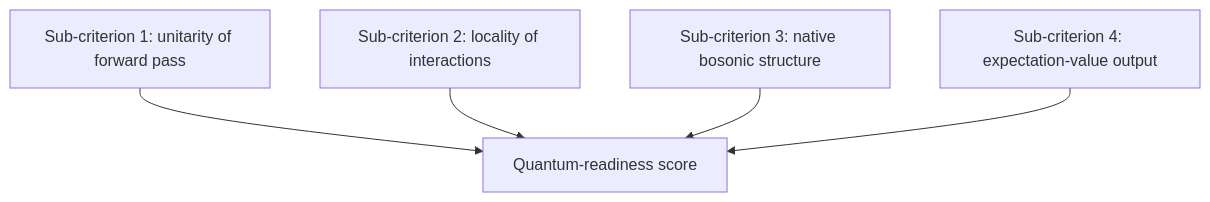
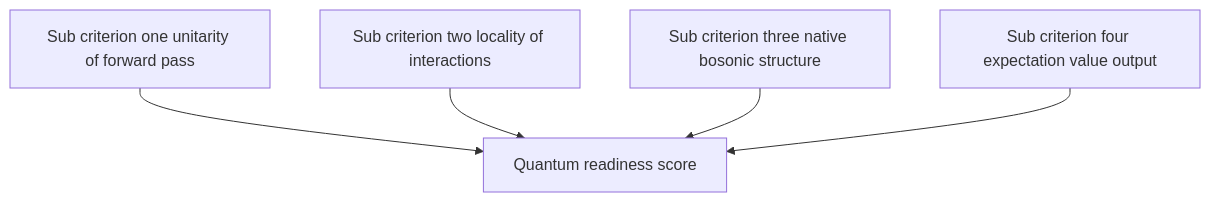
The third of 3 diagrams in docs/quantum_fock-parflm/Turning_the_Fock_Mechanism_into_a_Quantum_Algorithm.md (dimitarpg13/semantic_simulation), drawn with Mermaid before and after one commit. The commit also changed other lines of this file, not shown here.

````diff
--- a/docs/quantum_fock-parflm/Turning_the_Fock_Mechanism_into_a_Quantum_Algorithm.md
+++ b/docs/quantum_fock-parflm/Turning_the_Fock_Mechanism_into_a_Quantum_Algorithm.md
@@ -964,13 +964,13 @@
 ```mermaid
 flowchart TB
-    QR["Quantum-readiness score"]
-    C1["Sub-criterion 1: unitarity of forward pass"]
-    C2["Sub-criterion 2: locality of interactions"]
-    C3["Sub-criterion 3: native bosonic structure"]
-    C4["Sub-criterion 4: expectation-value output"]
+    Score[Quantum readiness score]
+    Crit1[Sub criterion one unitarity of forward pass]
+    Crit2[Sub criterion two locality of interactions]
+    Crit3[Sub criterion three native bosonic structure]
+    Crit4[Sub criterion four expectation value output]
 
-    C1 --> QR
-    C2 --> QR
-    C3 --> QR
-    C4 --> QR
+    Crit1 --> Score
+    Crit2 --> Score
+    Crit3 --> Score
+    Crit4 --> Score
 ```
````
